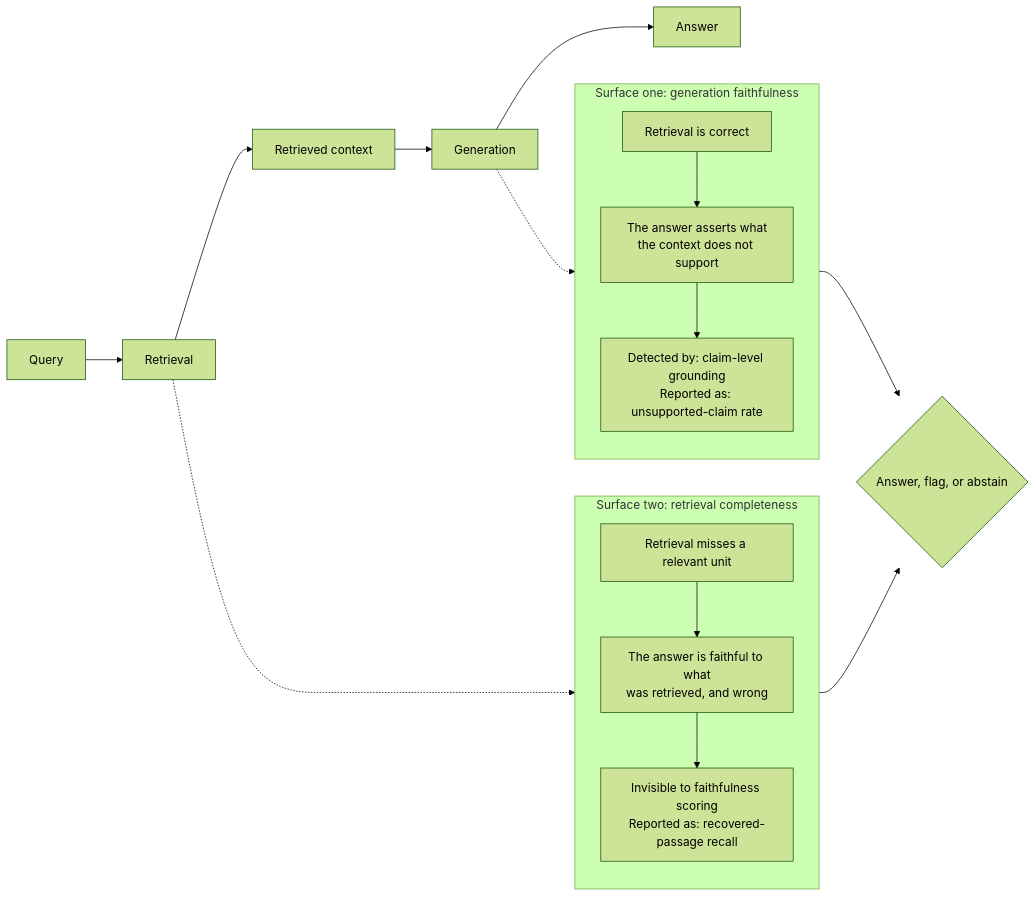
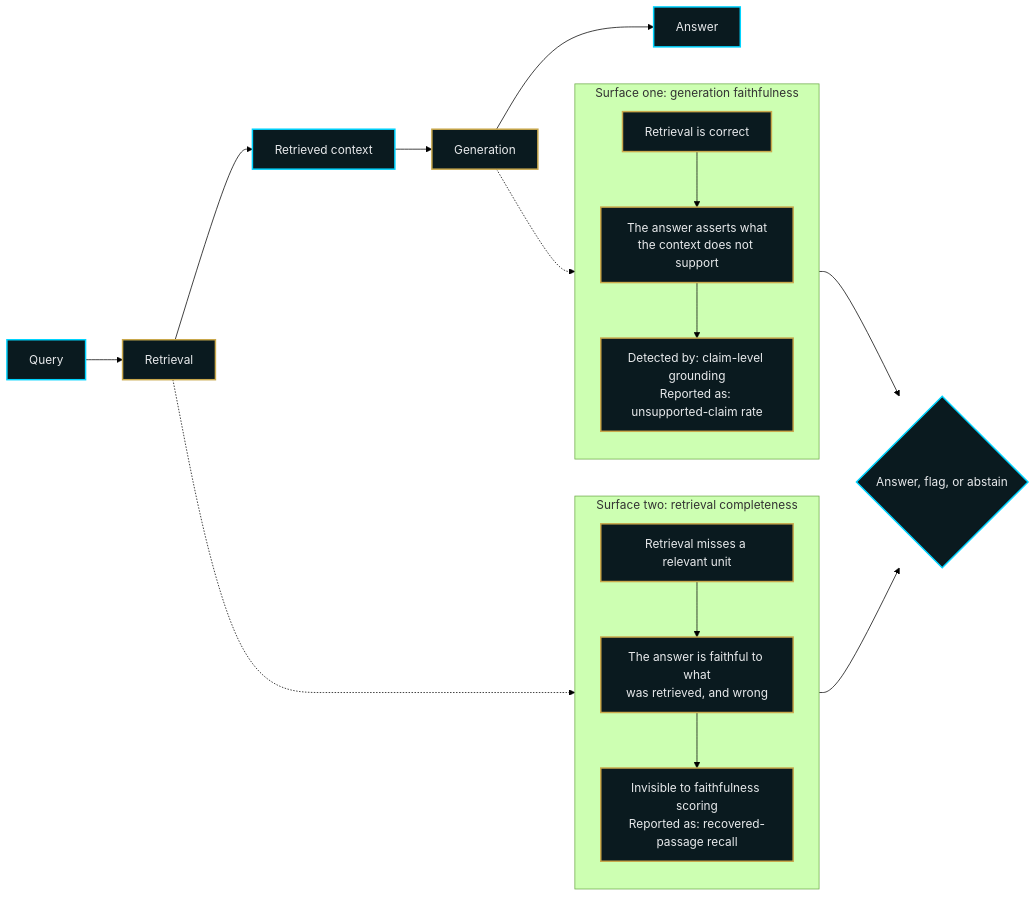
One commit to HasanYoussef-AI/architect-rag-verification changed the first of 2 diagrams in README.md. Above: the diagram before and after it, drawn with Mermaid (forest theme). The commit also changed other lines of this file and 1 other file, not shown here.

````diff
--- a/README.md
+++ b/README.md
@@ -29,29 +29,33 @@
 ```mermaid
 flowchart LR
-    Q["Query"] --> RET["Retrieval"]
-    RET --> CTX["Retrieved context"]
-    CTX --> GEN["Generation"]
-    GEN --> ANS["Answer"]
+    Q["Query"]:::data --> RET["Retrieval"]:::layer
+    RET --> CTX["Retrieved context"]:::data
+    CTX --> GEN["Generation"]:::layer
+    GEN --> ANS["Answer"]:::out
 
     subgraph s1["Surface one: generation faithfulness"]
         direction TB
-        S1A["Retrieval is correct"]
-        S1B["The answer asserts what<br/>the context does not support"]
-        S1C["Detected by: claim-level grounding<br/>Reported as: unsupported-claim rate"]
+        S1A["Retrieval is correct"]:::layer
+        S1B["The answer asserts what<br/>the context does not support"]:::layer
+        S1C["Detected by: claim-level grounding<br/>Reported as: unsupported-claim rate"]:::layer
         S1A --> S1B --> S1C
     end
 
     subgraph s2["Surface two: retrieval completeness"]
         direction TB
-        S2A["Retrieval misses a relevant unit"]
-        S2B["The answer is faithful to what<br/>was retrieved, and wrong"]
-        S2C["Invisible to faithfulness scoring<br/>Reported as: recovered-passage recall"]
+        S2A["Retrieval misses a relevant unit"]:::layer
+        S2B["The answer is faithful to what<br/>was retrieved, and wrong"]:::layer
+        S2C["Invisible to faithfulness scoring<br/>Reported as: recovered-passage recall"]:::layer
         S2A --> S2B --> S2C
     end
 
     GEN -.-> s1
     RET -.-> s2
 
-    s1 --> DEC{"Answer, flag, or abstain"}
+    s1 --> DEC{"Answer, flag, or abstain"}:::out
     s2 --> DEC
+
+    classDef layer fill:#0A1A1F,stroke:#C9A84C,stroke-width:2px,color:#E8EAEC
+    classDef data fill:#0A1A1F,stroke:#00D4FF,stroke-width:2px,color:#E8EAEC
+    classDef out fill:#0A1A1F,stroke:#00D4FF,stroke-width:2px,color:#E8EAEC
 ```
````
